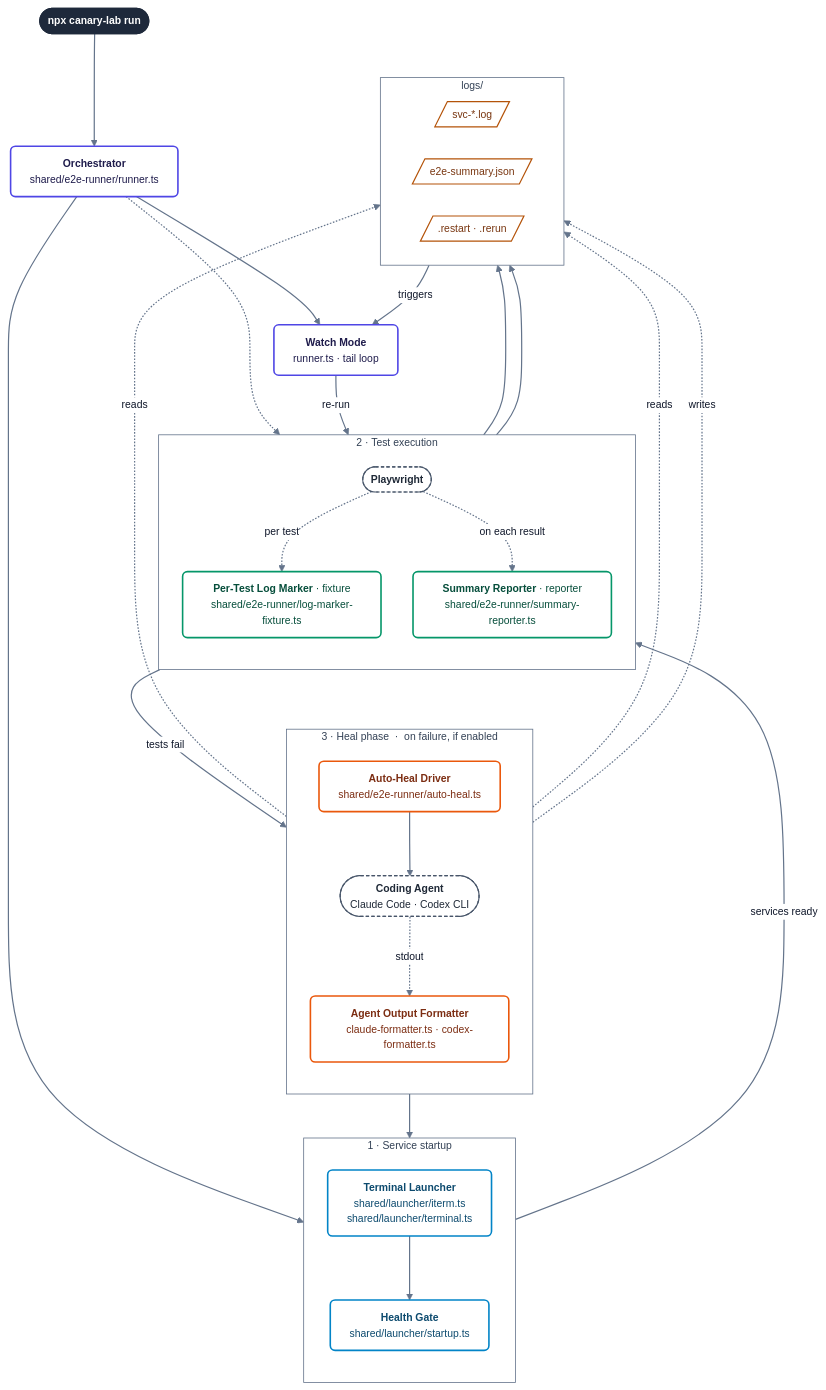
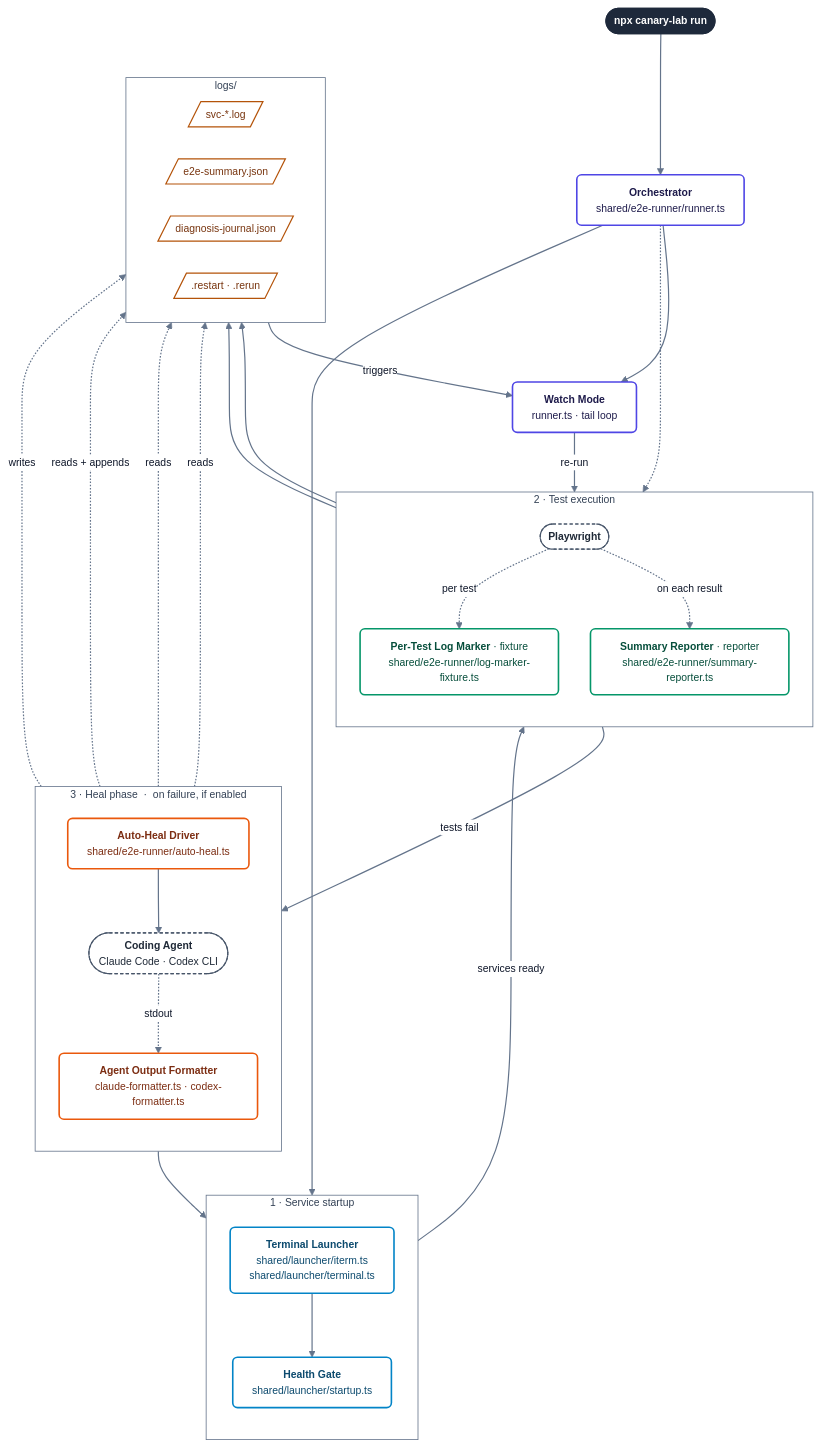
One commit to ferterahadi/canary-lab changed the second of 2 diagrams in README.md. Above: the diagram before and after it, drawn with Mermaid. The commit also changed other lines of this file and 6 other files, not shown here.

```diff
--- a/README.md
+++ b/README.md
@@ -194,6 +194,7 @@
         direction LR
         svclog[/"svc-*.log"/]:::artifact
         summaryjson[/"e2e-summary.json"/]:::artifact
+        journal[/"diagnosis-journal.json"/]:::artifact
         signals[/".restart · .rerun"/]:::artifact
     end
 
@@ -215,6 +216,7 @@
     agent -.->|stdout| formatter
     agent -.->|reads| summaryjson
     agent -.->|reads| svclog
+    agent -.->|reads + appends| journal
     agent -.->|writes| signals
 
     orchestrator --> watcher
```
